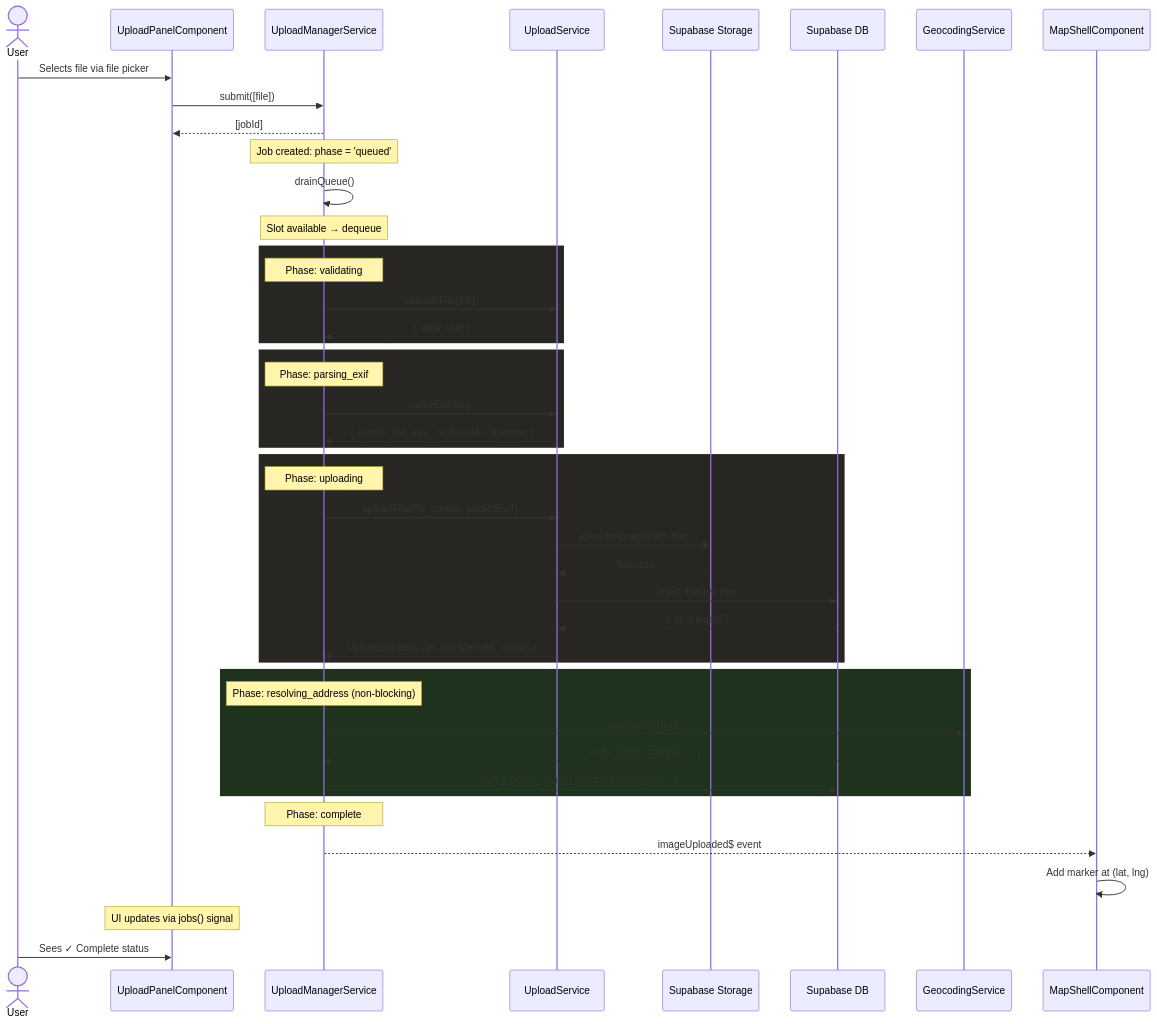
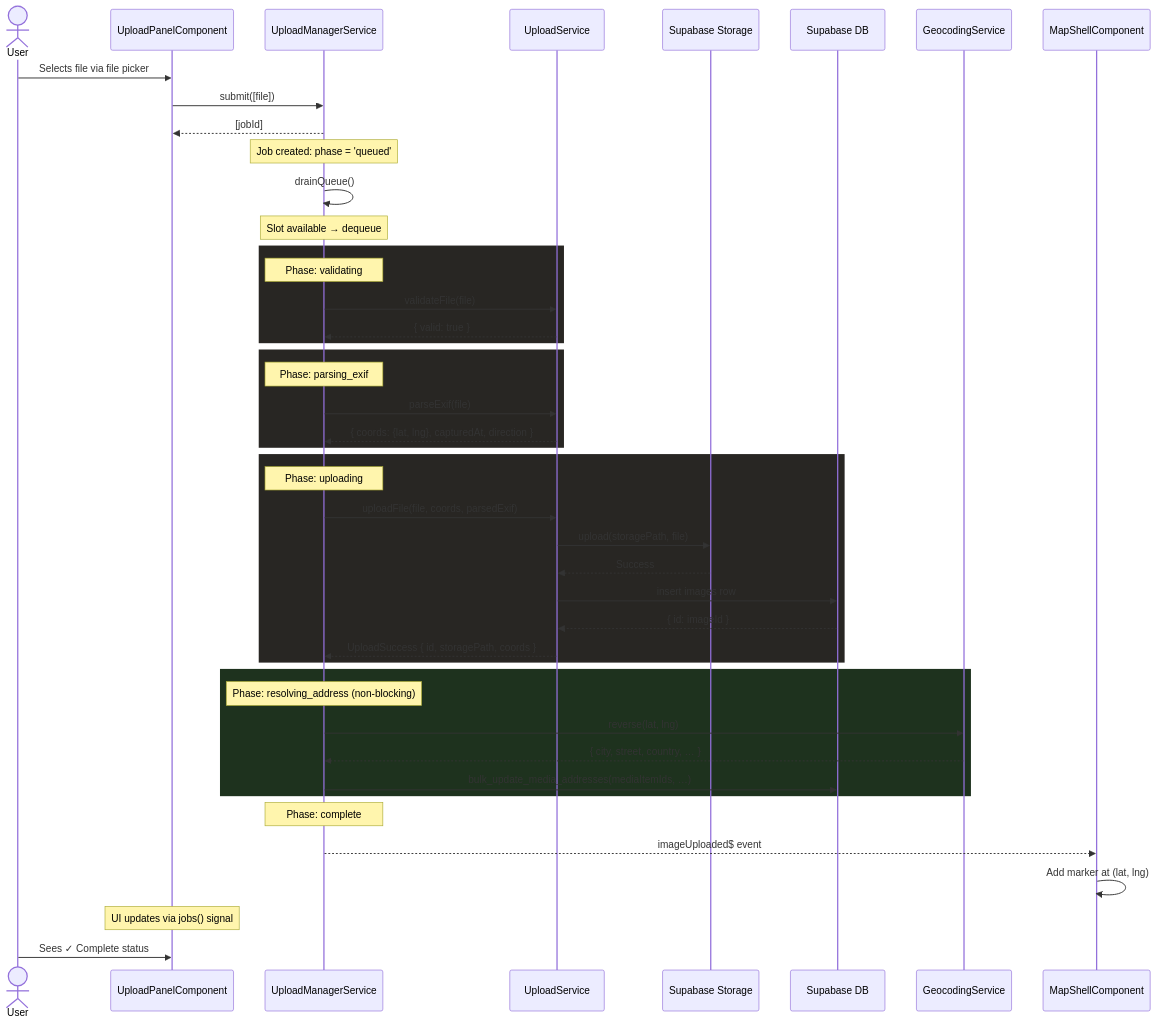
One commit to matkleve/feldpost changed the second of 19 diagrams in docs/use-cases/upload-manager.md. Above: the diagram before and after it, drawn with Mermaid. The commit also changed 8 other files, not shown here.

````diff
--- a/docs/use-cases/upload-manager.md
+++ b/docs/use-cases/upload-manager.md
@@ -46,55 +46,55 @@
 ```mermaid
 sequenceDiagram
   actor User
   participant Panel as UploadPanelComponent
   participant Manager as UploadManagerService
   participant Upload as UploadService
   participant Storage as Supabase Storage
   participant DB as Supabase DB
   participant Geocoding as GeocodingService
   participant MapShell as MapShellComponent
 
   User->>Panel: Selects file via file picker
   Panel->>Manager: submit([file])
   Manager-->>Panel: [jobId]
   Note over Manager: Job created: phase = 'queued'
 
   Manager->>Manager: drainQueue()
   Note over Manager: Slot available → dequeue
 
   rect rgb(40, 38, 35)
     Note over Manager: Phase: validating
     Manager->>Upload: validateFile(file)
     Upload-->>Manager: { valid: true }
   end
 
   rect rgb(40, 38, 35)
     Note over Manager: Phase: parsing_exif
     Manager->>Upload: parseExif(file)
     Upload-->>Manager: { coords: {lat, lng}, capturedAt, direction }
   end
 
   rect rgb(40, 38, 35)
     Note over Manager: Phase: uploading
     Manager->>Upload: uploadFile(file, coords, parsedExif)
     Upload->>Storage: upload(storagePath, file)
     Storage-->>Upload: Success
     Upload->>DB: insert images row
     DB-->>Upload: { id: imageId }
     Upload-->>Manager: UploadSuccess { id, storagePath, coords }
   end
 
   rect rgb(30, 50, 30)
     Note over Manager: Phase: resolving_address (non-blocking)
     Manager->>Geocoding: reverse(lat, lng)
     Geocoding-->>Manager: { city, street, country, … }
-    Manager->>DB: bulk_update_image_addresses(imageId, …)
+    Manager->>DB: bulk_update_media_addresses(mediaItemIds, …)
   end
 
   Note over Manager: Phase: complete
   Manager-->>MapShell: imageUploaded$ event
   MapShell->>MapShell: Add marker at (lat, lng)
   Note over Panel: UI updates via jobs() signal
 
   User->>Panel: Sees ✓ Complete status
 ```
````
